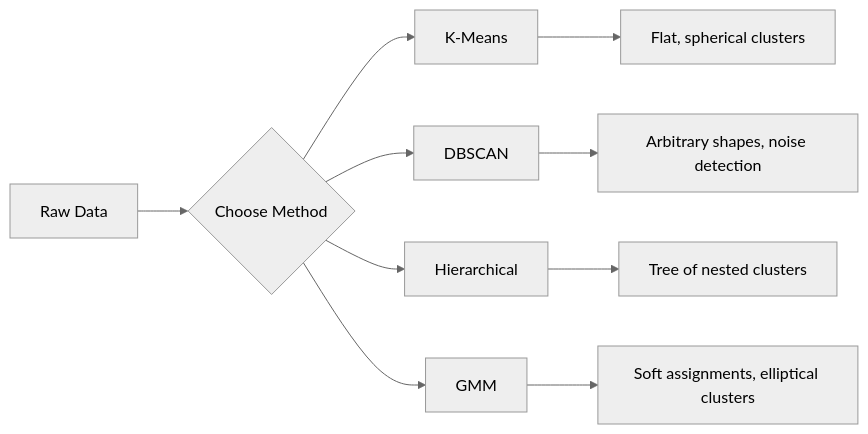
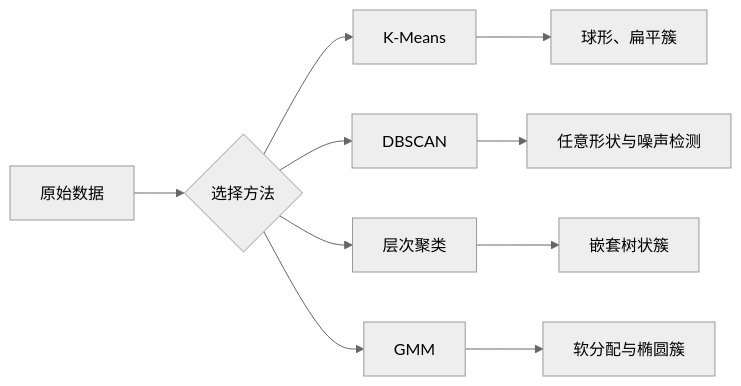
Before and after one commit to omigaZen/ai-engineering-from-scratch: the diagram in phases/02-ml-fundamentals/07-unsupervised-learning/docs/zh.md, drawn with Mermaid (neutral theme). The commit also changed other lines of this file, not shown here.

````diff
--- a/phases/02-ml-fundamentals/07-unsupervised-learning/docs/zh.md
+++ b/phases/02-ml-fundamentals/07-unsupervised-learning/docs/zh.md
@@ -51,12 +33,12 @@
 ```mermaid
 flowchart LR
-    A[Raw Data] --> B{Choose Method}
+    A[原始数据] --> B{选择方法}
     B --> C[K-Means]
     B --> D[DBSCAN]
-    B --> E[Hierarchical]
+    B --> E[层次聚类]
     B --> F[GMM]
-    C --> G[Flat, spherical clusters]
-    D --> H[Arbitrary shapes, noise detection]
-    E --> I[Tree of nested clusters]
-    F --> J[Soft assignments, elliptical clusters]
+    C --> G[球形、扁平簇]
+    D --> H[任意形状与噪声检测]
+    E --> I[嵌套树状簇]
+    F --> J[软分配与椭圆簇]
 ```
````
